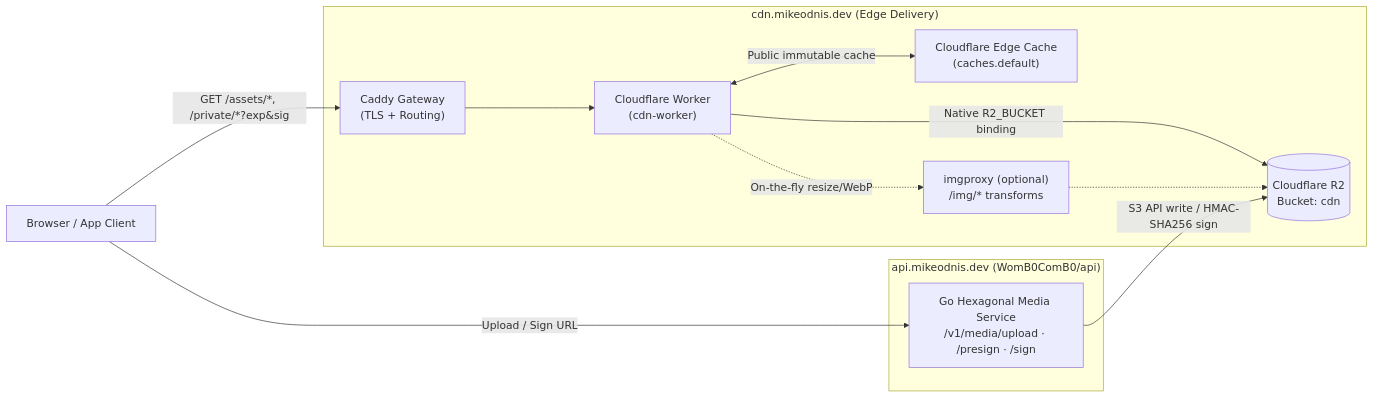
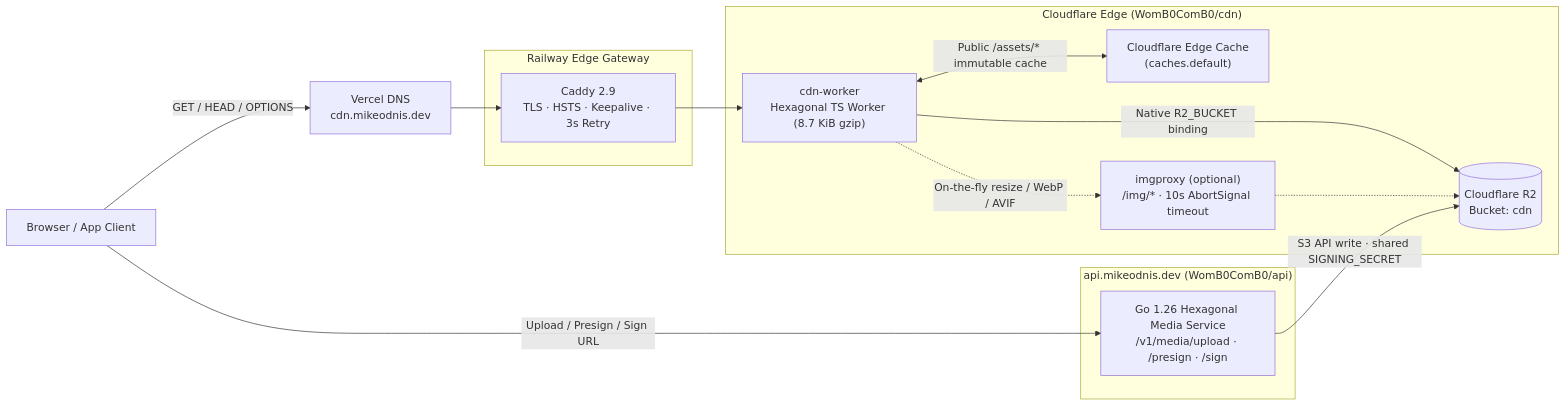
Before and after one commit to WomB0ComB0/cdn: the first of 4 diagrams in README.md, drawn with Mermaid. The commit also changed other lines of this file, not shown here.

Commit message:
docs: update README with comprehensive Hexagonal, Edge, security & CI/CD diagrams

````diff
--- a/README.md
+++ b/README.md
@@ -13,25 +11,28 @@
 ```mermaid
 flowchart LR
     Client["Browser / App Client"]
+    DNS["Vercel DNS\ncdn.mikeodnis.dev"]
 
-    subgraph Edge["cdn.mikeodnis.dev (Edge Delivery)"]
-        GW["Caddy Gateway\n(TLS + Routing)"]
-        Worker["Cloudflare Worker\n(cdn-worker)"]
+    subgraph GatewayLayer["Railway Edge Gateway"]
+        GW["Caddy 2.9\nTLS · HSTS · Keepalive · 3s Retry"]
+    end
+
+    subgraph Edge["Cloudflare Edge (WomB0ComB0/cdn)"]
+        Worker["cdn-worker\nHexagonal TS Worker (8.7 KiB gzip)"]
         Cache["Cloudflare Edge Cache\n(caches.default)"]
         R2[("Cloudflare R2\nBucket: cdn")]
-        ImgProxy["imgproxy (optional)\n/img/* transforms"]
+        ImgProxy["imgproxy (optional)\n/img/* · 10s AbortSignal timeout"]
     end
 
     subgraph ControlPlane["api.mikeodnis.dev (WomB0ComB0/api)"]
-        Media["Go Hexagonal Media Service\n/v1/media/upload · /presign · /sign"]
+        Media["Go 1.26 Hexagonal Media Service\n/v1/media/upload · /presign · /sign"]
     end
 
-    Client -->|"GET /assets/*, /private/*?exp&sig"| GW
-    GW --> Worker
-    Worker <-->|"Public immutable cache"| Cache
+    Client -->|"GET / HEAD / OPTIONS"| DNS --> GW --> Worker
+    Worker <-->|"Public /assets/* immutable cache"| Cache
     Worker -->|"Native R2_BUCKET binding"| R2
-    Worker -.->|"On-the-fly resize/WebP"| ImgProxy
+    Worker -.->|"On-the-fly resize / WebP / AVIF"| ImgProxy
     ImgProxy -.-> R2
-    Client -->|"Upload / Sign URL"| Media
-    Media -->|"S3 API write / HMAC-SHA256 sign"| R2
+    Client -->|"Upload / Presign / Sign URL"| Media
+    Media -->|"S3 API write · shared SIGNING_SECRET"| R2
 ```
````
